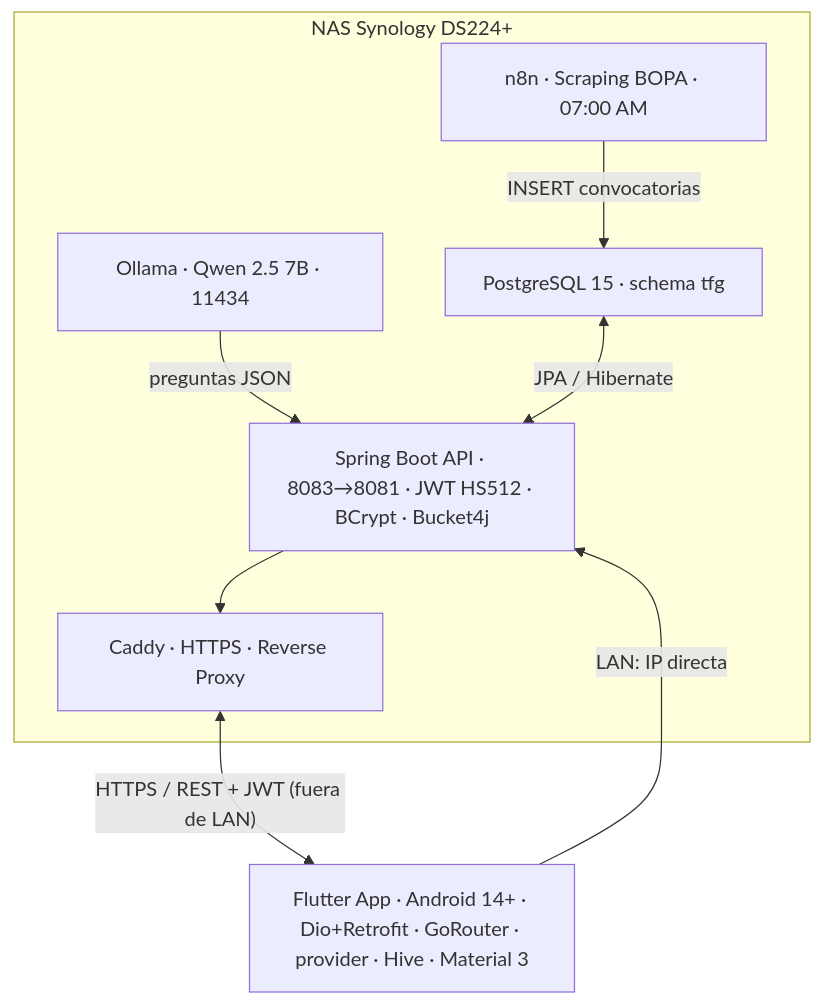
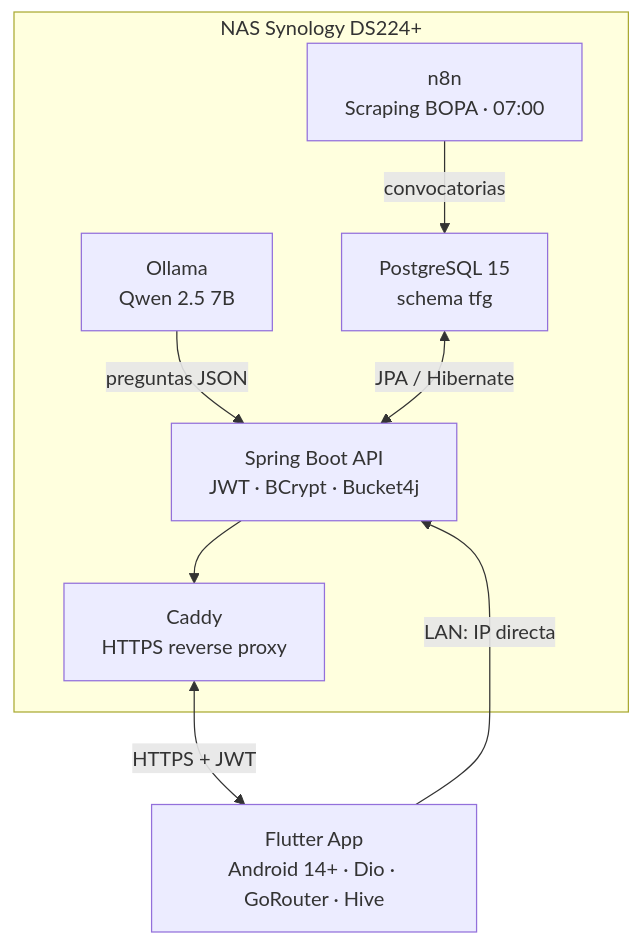
One commit to IvanjonasFC/OposApp changed the diagram in README.md. Above: the diagram before and after it, drawn with Mermaid.

````diff
--- a/README.md
+++ b/README.md
@@ -51,20 +51,20 @@
 ```mermaid
 graph TD
-    subgraph NAS [" NAS Synology DS224+"]
-        PG[" PostgreSQL 15 · schema tfg"]
-        N8N[" n8n · Scraping BOPA · 07:00 AM"]
-        OL[" Ollama · Qwen 2.5 7B · 11434"]
-        SB[" Spring Boot API · 8083→8081 · JWT HS512 · BCrypt · Bucket4j"]
-        CD[" Caddy · HTTPS · Reverse Proxy"]
+    subgraph NAS["NAS Synology DS224+"]
+        N8N["n8n<br/>Scraping BOPA · 07:00"]
+        PG["PostgreSQL 15<br/>schema tfg"]
+        OL["Ollama<br/>Qwen 2.5 7B"]
+        SB["Spring Boot API<br/>JWT · BCrypt · Bucket4j"]
+        CD["Caddy<br/>HTTPS reverse proxy"]
 
-        N8N -->|"INSERT convocatorias"| PG
-        OL -->|"preguntas JSON"| SB
-        PG <-->|"JPA / Hibernate"| SB
+        N8N -->|convocatorias| PG
+        OL -->|preguntas JSON| SB
+        PG <-->|JPA / Hibernate| SB
         SB --> CD
     end
 
-    FL[" Flutter App · Android 14+ · Dio+Retrofit · GoRouter · provider · Hive · Material 3"]
+    FL["Flutter App<br/>Android 14+ · Dio · GoRouter · Hive"]
 
-    FL -->|"LAN: IP directa"| SB
-    CD <-->|"HTTPS / REST + JWT (fuera de LAN)"| FL
+    FL -->|LAN: IP directa| SB
+    CD <-->|HTTPS + JWT| FL
 ```
````
